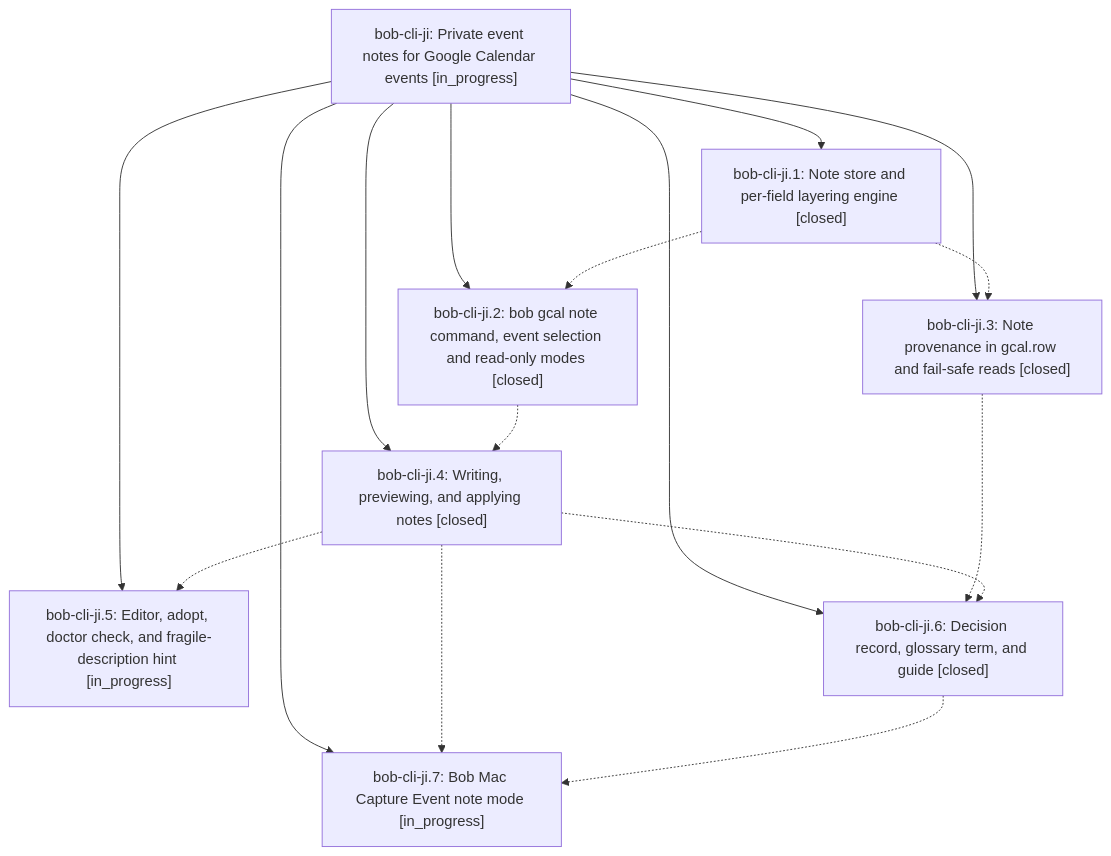
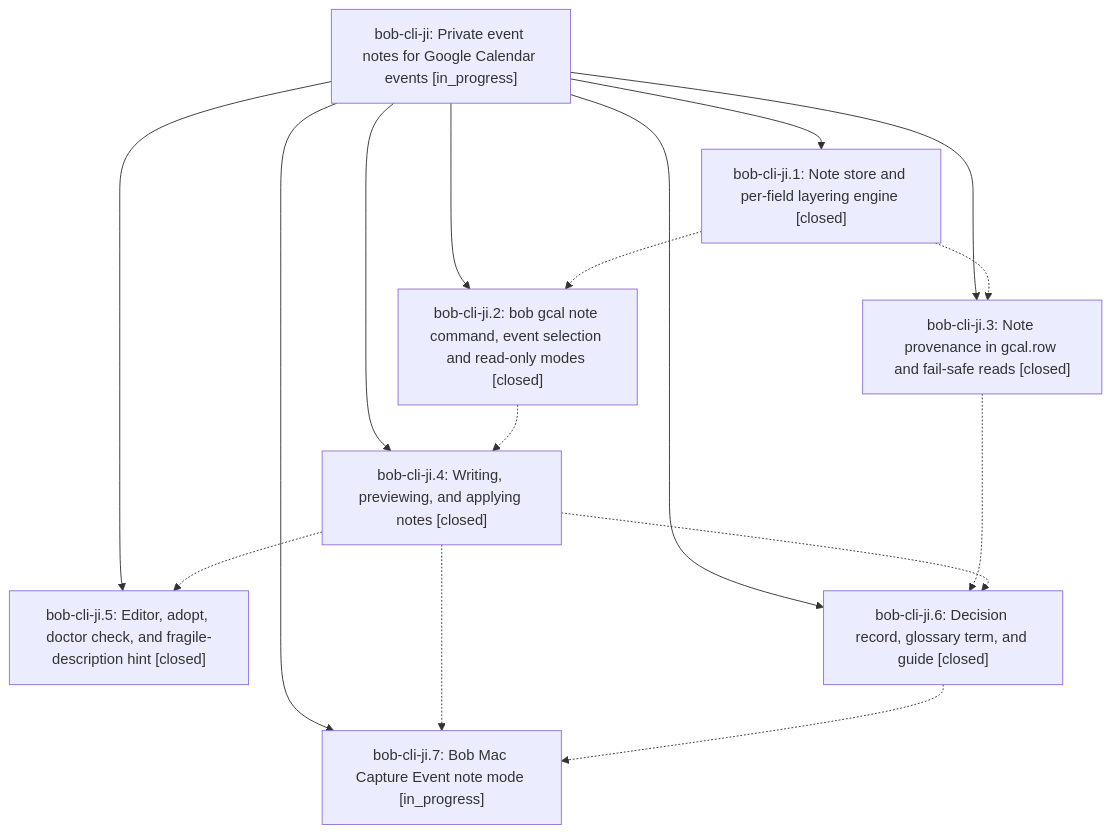
The diagram in pages/bob-cli-ji/README.md (bobs-org/bob-cli--beads), drawn with Mermaid before and after one commit. The commit also changed other lines of this file and 3 other files, not shown here.

First line of the commit message:
chore(beads): sync bead state and pages for bob-cli-ji

````diff
--- a/pages/bob-cli-ji/README.md
+++ b/pages/bob-cli-ji/README.md
@@ -42,26 +42,26 @@
 ```mermaid
 flowchart TD
     n0["bob-cli-ji: Private event notes for Google Calendar events [in_progress]"]
     n1["bob-cli-ji.1: Note store and per-field layering engine [closed]"]
     n2["bob-cli-ji.2: bob gcal note command, event selection and read-only modes [closed]"]
     n3["bob-cli-ji.3: Note provenance in gcal.row and fail-safe reads [closed]"]
     n4["bob-cli-ji.4: Writing, previewing, and applying notes [closed]"]
-    n5["bob-cli-ji.5: Editor, adopt, doctor check, and fragile-description hint [in_progress]"]
+    n5["bob-cli-ji.5: Editor, adopt, doctor check, and fragile-description hint [closed]"]
     n6["bob-cli-ji.6: Decision record, glossary term, and guide [closed]"]
     n7["bob-cli-ji.7: Bob Mac Capture Event note mode [in_progress]"]
     n0 --> n1
     n0 --> n2
     n0 --> n3
     n0 --> n4
     n0 --> n5
     n0 --> n6
     n0 --> n7
     n1 -.-> n2
     n1 -.-> n3
     n2 -.-> n4
     n3 -.-> n6
     n4 -.-> n5
     n4 -.-> n6
     n4 -.-> n7
     n6 -.-> n7
 ```
````
